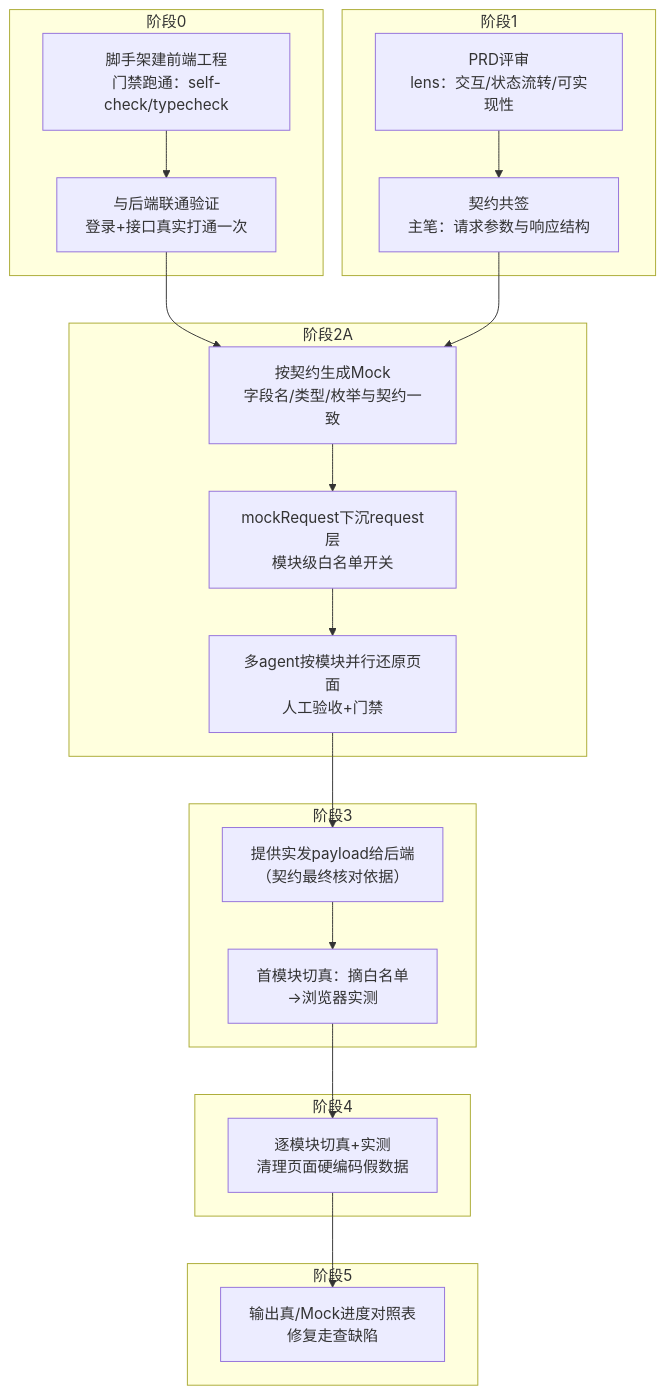
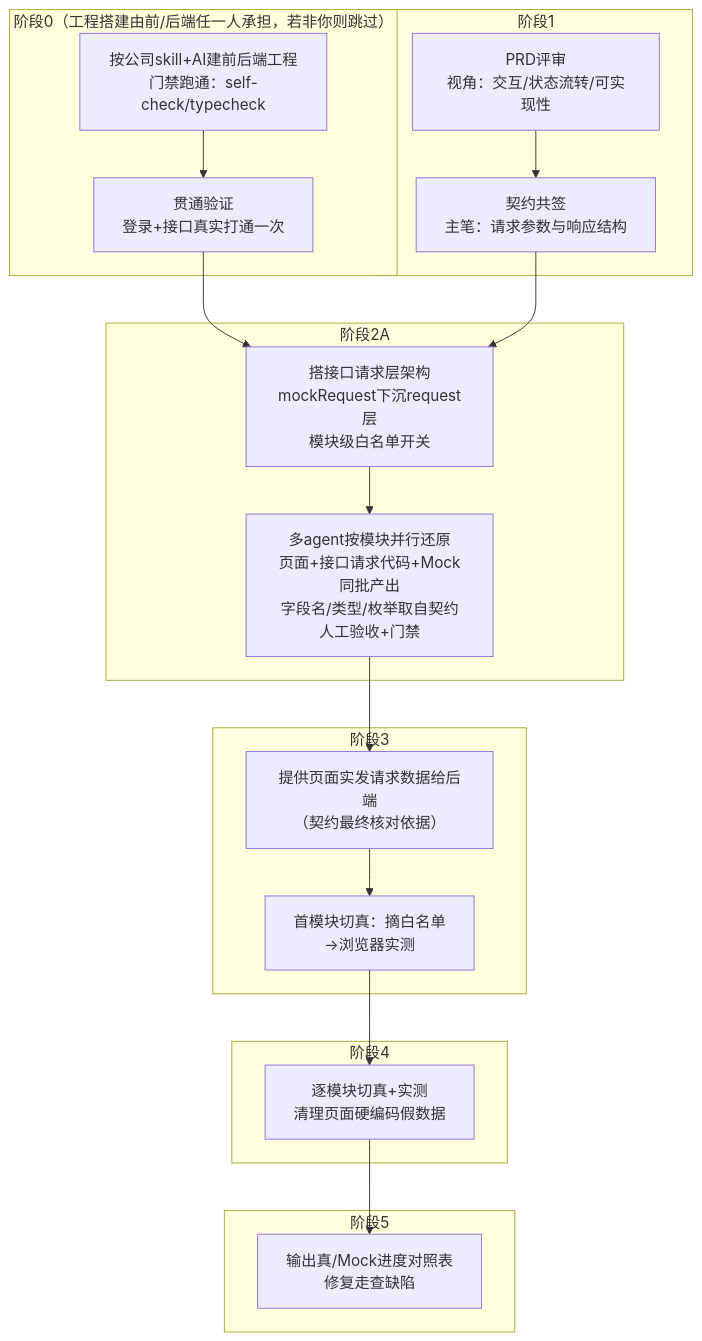
The fourth of 6 diagrams in 3.AI提效协同开发新模式：前后端分离项目全流程（流程图与说明）.md (Woaini654321/efficiency-improvement), drawn with Mermaid before and after one commit. The commit also changed other lines of this file, not shown here.

````diff
--- a/3.AI提效协同开发新模式：前后端分离项目全流程（流程图与说明）.md
+++ b/3.AI提效协同开发新模式：前后端分离项目全流程（流程图与说明）.md
@@ -162,26 +164,25 @@
 ```mermaid
 flowchart TD
-    subgraph F0["阶段0"]
-        F1["脚手架建前端工程<br/>门禁跑通：self-check/typecheck"] --> F2["与后端联通验证<br/>登录+接口真实打通一次"]
+    subgraph F0["阶段0（工程搭建由前/后端任一人承担，若非你则跳过）"]
+        F1["按公司skill+AI建前后端工程<br/>门禁跑通：self-check/typecheck"] --> F2["贯通验证<br/>登录+接口真实打通一次"]
     end
     subgraph FA["阶段1"]
-        F3["PRD评审<br/>lens：交互/状态流转/可实现性"] --> F4["契约共签<br/>主笔：请求参数与响应结构"]
+        F3["PRD评审<br/>视角：交互/状态流转/可实现性"] --> F4["契约共签<br/>主笔：请求参数与响应结构"]
     end
     subgraph FB["阶段2A"]
-        F5["按契约生成Mock<br/>字段名/类型/枚举与契约一致"] --> F6["mockRequest下沉request层<br/>模块级白名单开关"]
-        F6 --> F7["多agent按模块并行还原页面<br/>人工验收+门禁"]
+        F5["搭接口请求层架构<br/>mockRequest下沉request层<br/>模块级白名单开关"] --> F7["多agent按模块并行还原<br/>页面+接口请求代码+Mock同批产出<br/>字段名/类型/枚举取自契约<br/>人工验收+门禁"]
     end
     subgraph FC["阶段3"]
-        F8["提供实发payload给后端<br/>（契约最终核对依据）"] --> F9["首模块切真：摘白名单<br/>→浏览器实测"]
+        F8["提供页面实发请求数据给后端<br/>（契约最终核对依据）"] --> F9["首模块切真：摘白名单<br/>→浏览器实测"]
     end
     subgraph FD["阶段4"]
         F10["逐模块切真+实测<br/>清理页面硬编码假数据"]
     end
     subgraph FE["阶段5"]
         F11["输出真/Mock进度对照表<br/>修复走查缺陷"]
     end
     F2 --> F5
     F4 --> F5
     F7 --> F8
     F9 --> F10 --> F11
 ```
````
